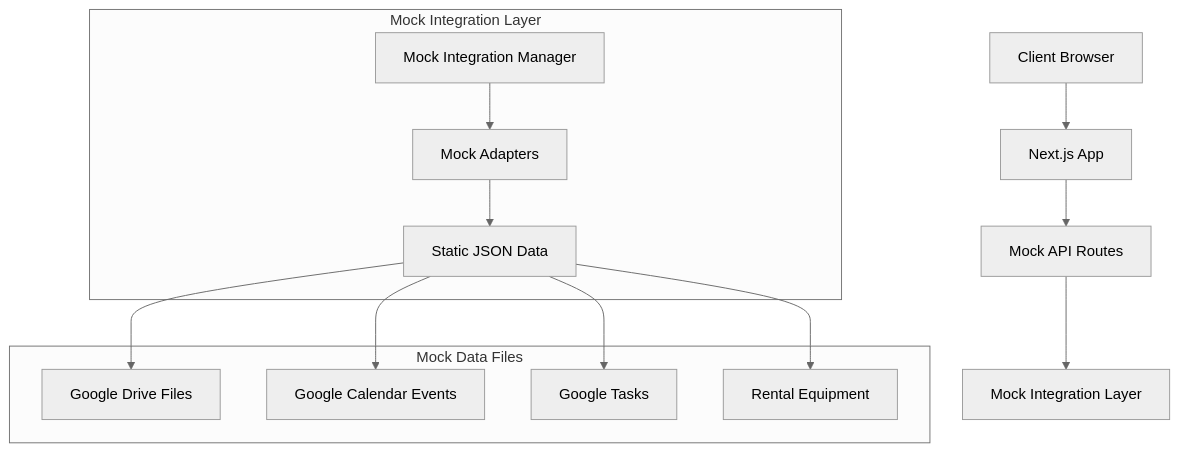
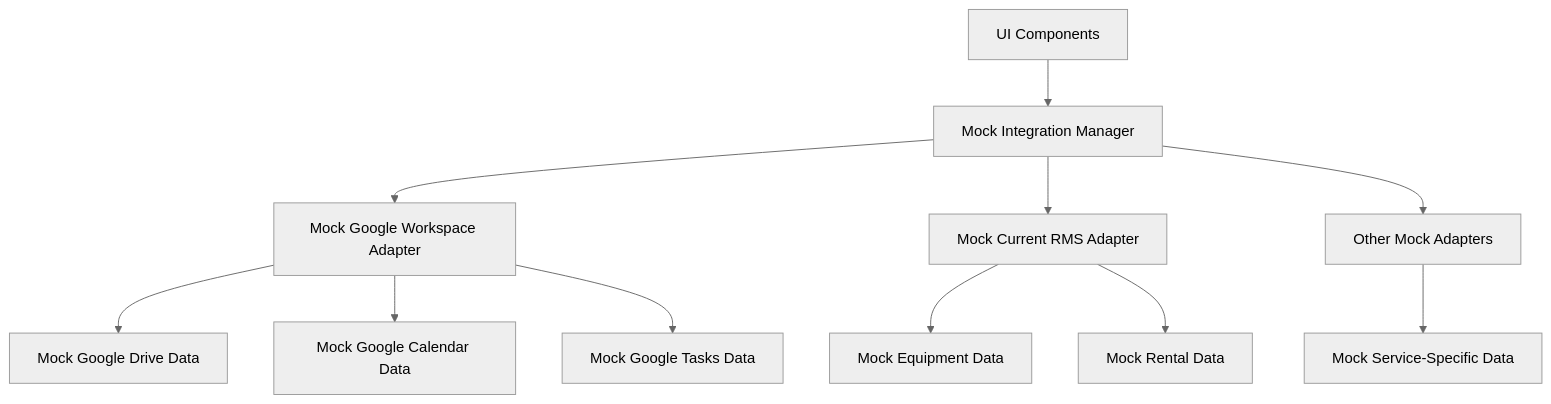
One commit to pikipupiba/FrontOfHouseProductions changed the diagram in memory-bank/tasks/Investor-Ready-Wireframe-Conversion/integration_details.md. Above: the diagram before and after it, drawn with Mermaid (neutral theme). The commit also changed other lines of this file and 63 other files, not shown here.

````diff
--- a/memory-bank/tasks/Investor-Ready-Wireframe-Conversion/integration_details.md
+++ b/memory-bank/tasks/Investor-Ready-Wireframe-Conversion/integration_details.md
@@ -49,18 +9,13 @@
 ```mermaid
 flowchart TD
-    Client[Client Browser] --> NextJS[Next.js App]
-    NextJS --> APIRoutes[Mock API Routes]
-    APIRoutes --> MockIntLayer[Mock Integration Layer]
-    
-    subgraph "Mock Integration Layer"
-        MockIntManager[Mock Integration Manager] --> MockAdapters[Mock Adapters]
-        MockAdapters --> MockData[Static JSON Data]
-    end
-    
-    subgraph "Mock Data Files"
-        MockData --> GoogleDrive[Google Drive Files]
-        MockData --> Calendar[Google Calendar Events]
-        MockData --> Tasks[Google Tasks]
-        MockData --> RentalEquipment[Rental Equipment]
-    end
+    UI[UI Components] --> IM[Mock Integration Manager]
+    IM --> GA[Mock Google Workspace Adapter]
+    IM --> CR[Mock Current RMS Adapter]
+    IM --> OA[Other Mock Adapters]
+    GA --> GD[Mock Google Drive Data]
+    GA --> GC[Mock Google Calendar Data]
+    GA --> GT[Mock Google Tasks Data]
+    CR --> ED[Mock Equipment Data]
+    CR --> RD[Mock Rental Data]
+    OA --> MD[Mock Service-Specific Data]
 ```
````
